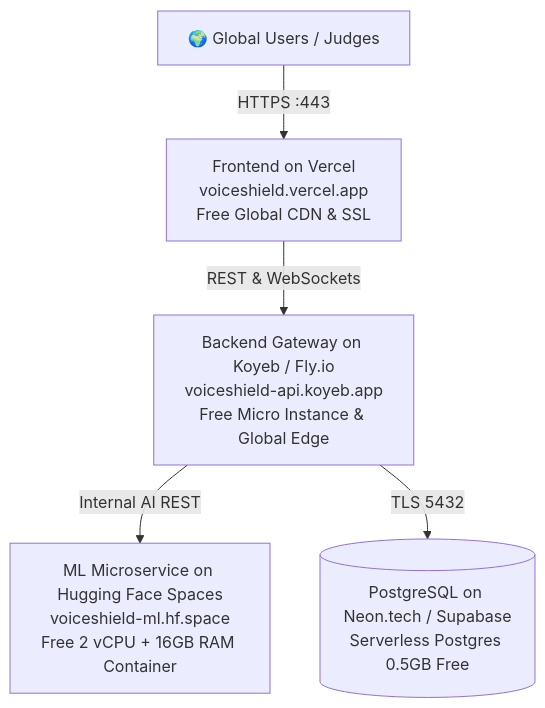
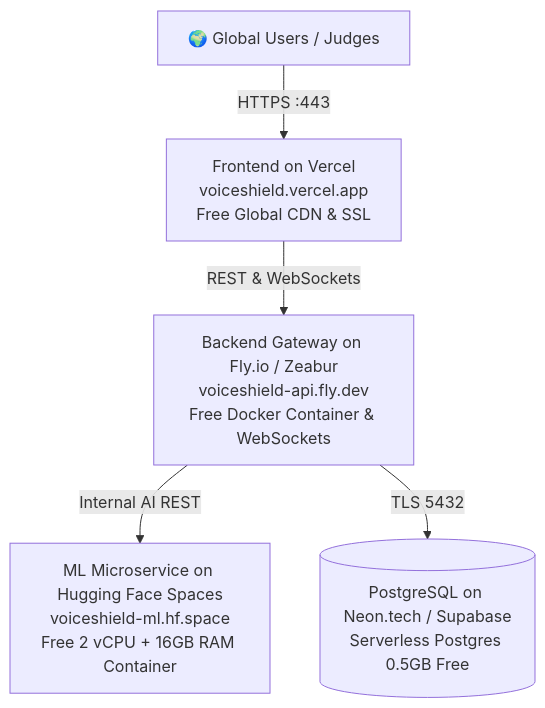
Before and after one commit to Arvindkumar4545/AI-REALVOICE-CLONING: the diagram in PRODUCTION_FREE_DEPLOYMENT_AUDIT.md, drawn with Mermaid. The commit also changed other lines of this file, not shown here.

Commit message:
docs: replace Koyeb with Fly.io, Zeabur, and Unified Hugging Face 16GB free deployment blueprints

````diff
--- a/PRODUCTION_FREE_DEPLOYMENT_AUDIT.md
+++ b/PRODUCTION_FREE_DEPLOYMENT_AUDIT.md
@@ -10,7 +10,7 @@
 ```mermaid
 flowchart TB
     User[🌍 Global Users / Judges] -->|HTTPS :443| Vercel[Frontend on Vercel\nvoiceshield.vercel.app\nFree Global CDN & SSL]
-    Vercel -->|REST & WebSockets| Koyeb[Backend Gateway on Koyeb / Fly.io\nvoiceshield-api.koyeb.app\nFree Micro Instance & Global Edge]
-    Koyeb -->|Internal AI REST| HF_ML[ML Microservice on Hugging Face Spaces\nvoiceshield-ml.hf.space\nFree 2 vCPU + 16GB RAM Container]
-    Koyeb -->|TLS 5432| NeonDB[(PostgreSQL on Neon.tech / Supabase\nServerless Postgres 0.5GB Free)]
+    Vercel -->|REST & WebSockets| FlyIO[Backend Gateway on Fly.io / Zeabur\nvoiceshield-api.fly.dev\nFree Docker Container & WebSockets]
+    FlyIO -->|Internal AI REST| HF_ML[ML Microservice on Hugging Face Spaces\nvoiceshield-ml.hf.space\nFree 2 vCPU + 16GB RAM Container]
+    FlyIO -->|TLS 5432| NeonDB[(PostgreSQL on Neon.tech / Supabase\nServerless Postgres 0.5GB Free)]
 ```
````
